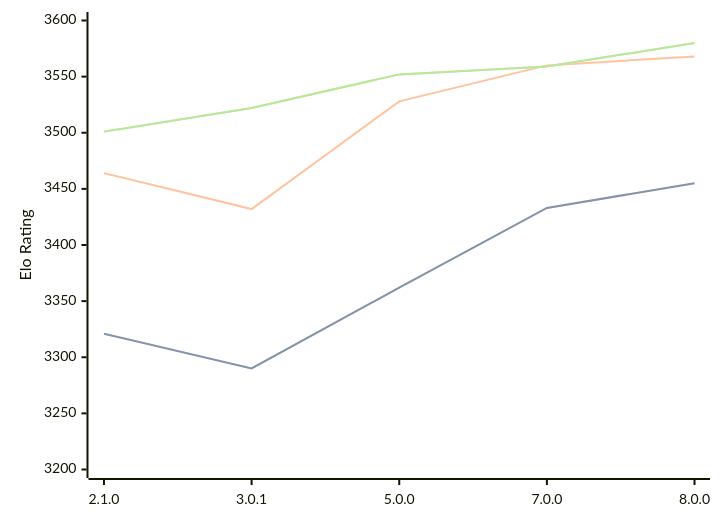
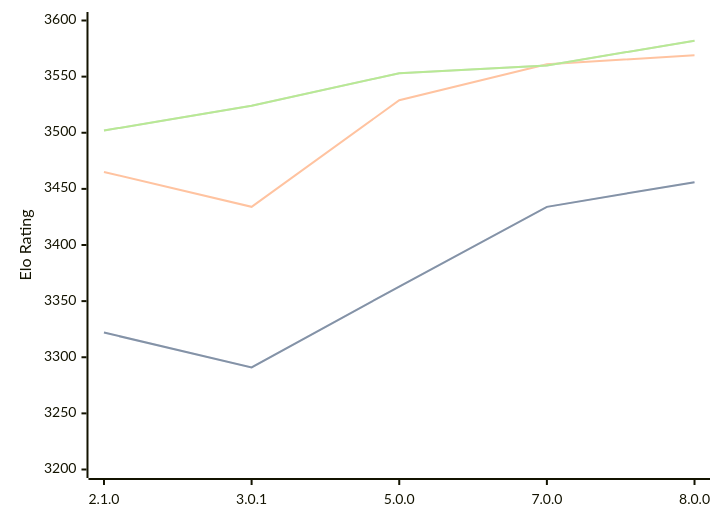
The diagram in engines/PlentyChess.md (computer-chess-index/cci), drawn with Mermaid before and after one commit. The commit also changed other lines of this file, not shown here.

Commit message:
Update CCI Ratings (ELO VLTC) - 2026-08-22

````diff
--- a/engines/PlentyChess.md
+++ b/engines/PlentyChess.md
@@ -37,11 +37,11 @@
 ```mermaid
 %%{init: {"theme":"base","themeVariables":{"seriesColors:['#a3a3a3','#222221','#faa371']}}}%%
 xychart-beta
   x-axis ["2.1.0", "3.0.1", "5.0.0", "7.0.0", "8.0.0"]
   y-axis "Elo Rating" 3200 --> 3600
-  line "STC (8.0+0.08s)" [3321, 3290, 3362, 3433, 3455]
-  line "STC (8.0+0.08s)" [3321, 3290, 3362, 3433, 3455]
-  line "LTC (60.0+0.60s)" [3464, 3432, 3528, 3560, 3568]
-  line "VLTC (2m24s+1.12s)" [3501, 3522, 3552, 3559, 3580]
-  line "VLTC (2m24s+1.12s)" [3501, 3522, 3552, 3559, 3580]
+  line "STC (8.0+0.08s)" [3322, 3291, 3363, 3434, 3456]
+  line "STC (8.0+0.08s)" [3322, 3291, 3363, 3434, 3456]
+  line "LTC (60.0+0.60s)" [3465, 3434, 3529, 3561, 3569]
+  line "VLTC (2m24s+1.12s)" [3502, 3524, 3553, 3560, 3582]
+  line "VLTC (2m24s+1.12s)" [3502, 3524, 3553, 3560, 3582]
 ```
````
